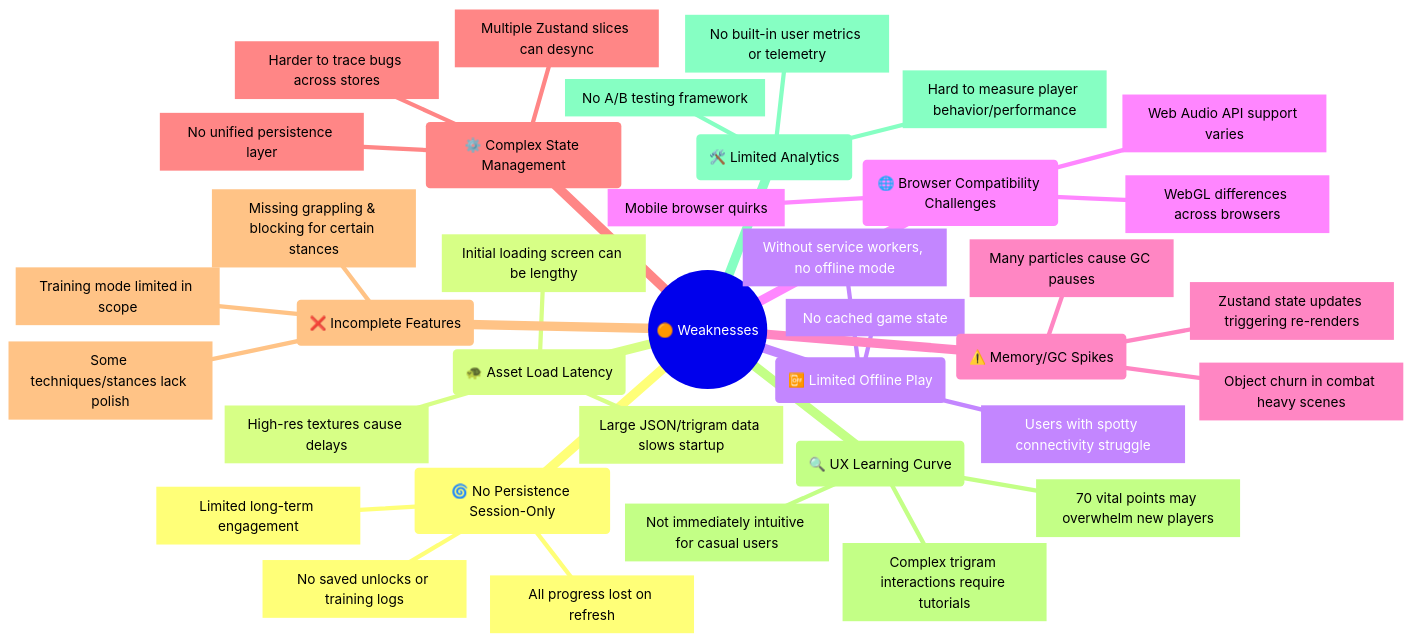
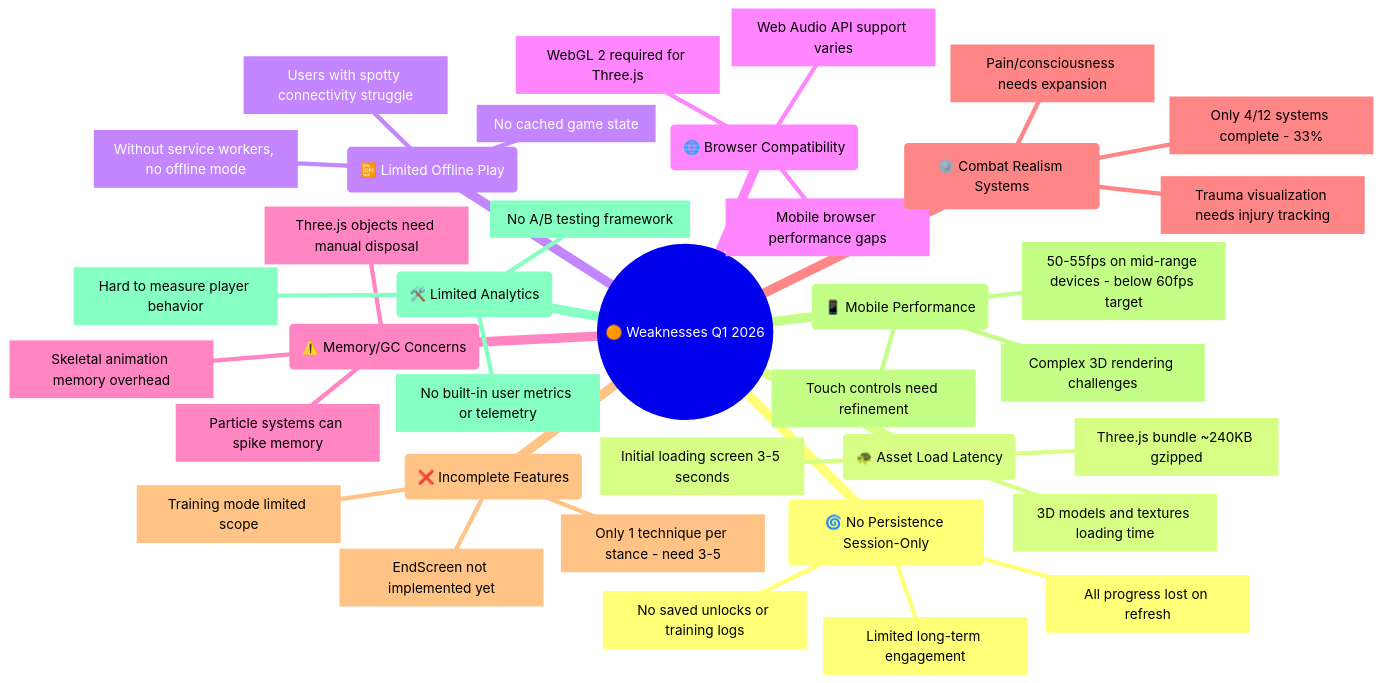
One commit to Hack23/blacktrigram changed the ninth of 21 diagrams in ARCHITECTURE.md. Above: the diagram before and after it, drawn with Mermaid. The commit also changed other lines of this file, not shown here.

Commit message:
docs: Add Skeletal Animation Architecture and update SWOT Analysis for Q1 2026

````diff
--- a/ARCHITECTURE.md
+++ b/ARCHITECTURE.md
@@ -1194,40 +1292,40 @@
 ```mermaid
 mindmap
-  root((🟠 Weaknesses))
+  root((🟠 Weaknesses Q1 2026))
     id1(🌀 No Persistence Session-Only)
       id1.1[All progress lost on refresh]
       id1.2[No saved unlocks or training logs]
       id1.3[Limited long-term engagement]
     id2(🐢 Asset Load Latency)
-      id2.1[Large JSON/trigram data slows startup]
-      id2.2[High-res textures cause delays]
-      id2.3[Initial loading screen can be lengthy]
+      id2.1[Three.js bundle ~240KB gzipped]
+      id2.2[3D models and textures loading time]
+      id2.3[Initial loading screen 3-5 seconds]
     id3(📴 Limited Offline Play)
       id3.1[Without service workers, no offline mode]
       id3.2[Users with spotty connectivity struggle]
       id3.3[No cached game state]
-    id4(🌐 Browser Compatibility Challenges)
-      id4.1[WebGL differences across browsers]
+    id4(🌐 Browser Compatibility)
+      id4.1[WebGL 2 required for Three.js]
       id4.2[Web Audio API support varies]
-      id4.3[Mobile browser quirks]
-    id5(⚠️ Memory/GC Spikes)
-      id5.1[Many particles cause GC pauses]
-      id5.2[Object churn in combat heavy scenes]
-      id5.3[Zustand state updates triggering re-renders]
-    id6(⚙️ Complex State Management)
-      id6.1[Multiple Zustand slices can desync]
-      id6.2[No unified persistence layer]
-      id6.3[Harder to trace bugs across stores]
+      id4.3[Mobile browser performance gaps]
+    id5(⚠️ Memory/GC Concerns)
+      id5.1[Three.js objects need manual disposal]
+      id5.2[Skeletal animation memory overhead]
+      id5.3[Particle systems can spike memory]
+    id6(⚙️ Combat Realism Systems)
+      id6.1[Only 4/12 systems complete - 33%]
+      id6.2[Pain/consciousness needs expansion]
+      id6.3[Trauma visualization needs injury tracking]
     id7(❌ Incomplete Features)
-      id7.1[Some techniques/stances lack polish]
-      id7.2[Missing grappling & blocking for certain stances]
-      id7.3[Training mode limited in scope]
-    id8(🔍 UX Learning Curve)
-      id8.1[Complex trigram interactions require tutorials]
-      id8.2[70 vital points may overwhelm new players]
-      id8.3[Not immediately intuitive for casual users]
+      id7.1[Only 1 technique per stance - need 3-5]
+      id7.2[EndScreen not implemented yet]
+      id7.3[Training mode limited scope]
+    id8(📱 Mobile Performance)
+      id8.1[50-55fps on mid-range devices - below 60fps target]
+      id8.2[Complex 3D rendering challenges]
+      id8.3[Touch controls need refinement]
     id9(🛠️ Limited Analytics)
       id9.1[No built-in user metrics or telemetry]
-      id9.2[Hard to measure player behavior/performance]
+      id9.2[Hard to measure player behavior]
       id9.3[No A/B testing framework]
 ```
````
